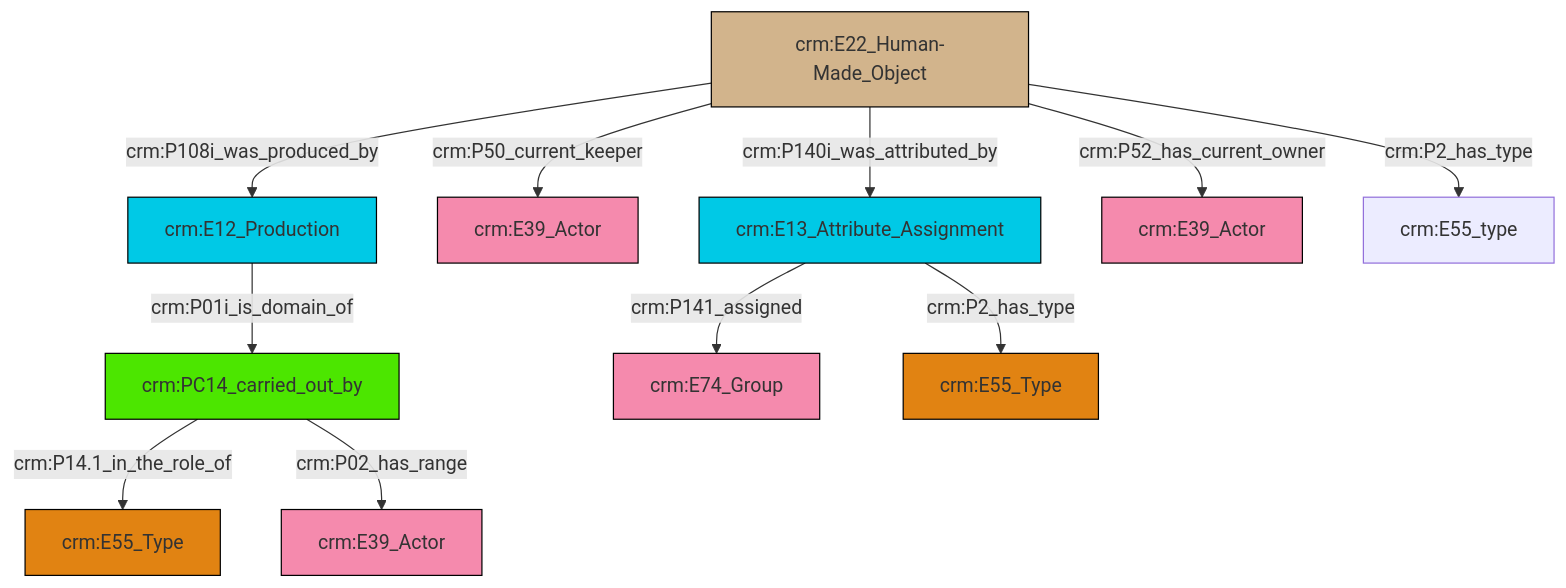
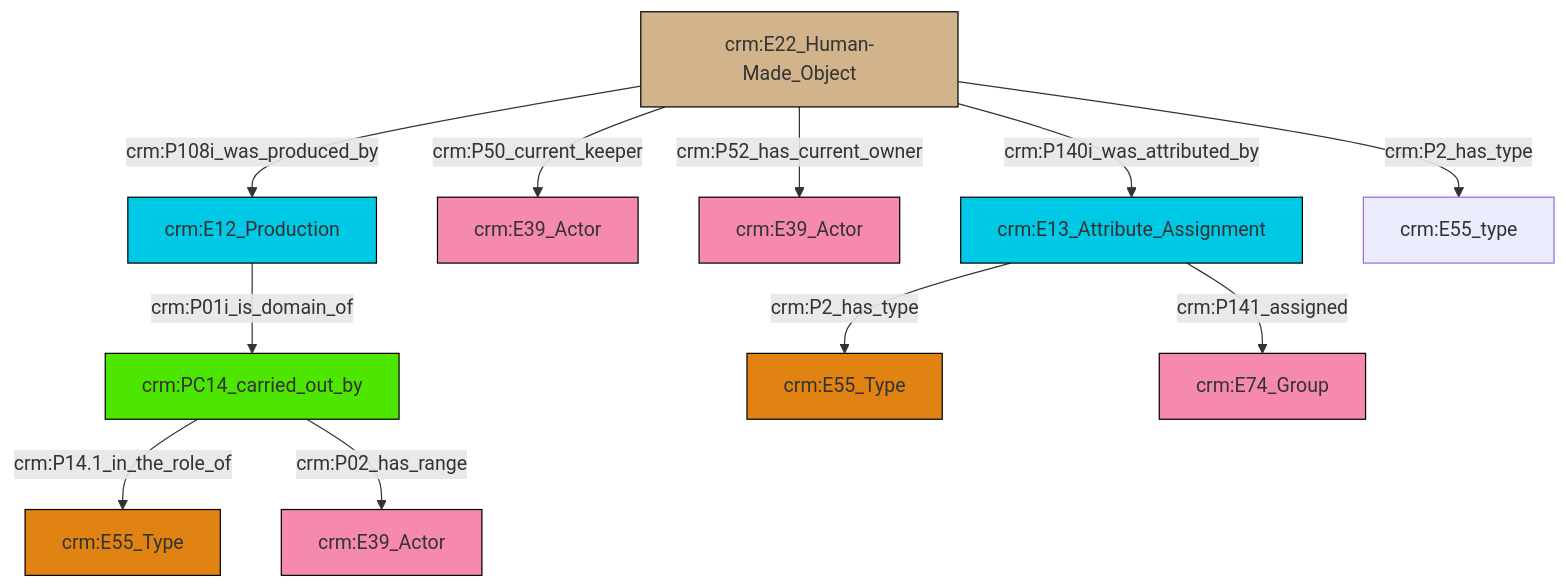
The diagram in et/artworkCSV/ttl/mmd/Artwork_Actor_Relations.ttl.mmd (swiss-art-research-net/reference-data-models), drawn with Mermaid before and after one commit. The commit also changed 148 other files, not shown here.

```diff
--- a/et/artworkCSV/ttl/mmd/Artwork_Actor_Relations.ttl.mmd
+++ b/et/artworkCSV/ttl/mmd/Artwork_Actor_Relations.ttl.mmd
@@ -1,25 +1,25 @@
 graph TD
 classDef Literal fill:#f2f2f2,stroke:#000000;
 classDef CRM_Entity fill:#FFFFFF,stroke:#000000;
 classDef Temporal_Entity fill:#00C9E6, stroke:#000000;
 classDef Type fill:#E18312, stroke:#000000;
 classDef Time-Span fill:#2C9C91, stroke:#000000;
 classDef Appellation fill:#FFEB7F, stroke:#000000;
 classDef Place fill:#008836, stroke:#000000;
 classDef Persistent_Item fill:#B266B2, stroke:#000000;
 classDef Conceptual_Object fill:#FFD700, stroke:#000000;
 classDef Physical_Thing fill:#D2B48C, stroke:#000000;
 classDef Actor fill:#f58aad, stroke:#000000;
 classDef PC_Classes fill:#4ce600, stroke:#000000;
 classDef Multi fill:#cccccc,stroke:#000000;
 
-4["crm:E22_Human-Made_Object"]:::Physical_Thing -->|crm:P108i_was_produced_by| 2["crm:E12_Production"]:::Temporal_Entity
-4["crm:E22_Human-Made_Object"]:::Physical_Thing -->|crm:P50_current_keeper| 0["crm:E39_Actor"]:::Actor
-4["crm:E22_Human-Made_Object"]:::Physical_Thing -->|crm:P140i_was_attributed_by| 11["crm:E13_Attribute_Assignment"]:::Temporal_Entity
-11["crm:E13_Attribute_Assignment"]:::Temporal_Entity -->|crm:P141_assigned| 14["crm:E74_Group"]:::Actor
-2["crm:E12_Production"]:::Temporal_Entity -->|crm:P01i_is_domain_of| 12["crm:PC14_carried_out_by"]:::PC_Classes
-12["crm:PC14_carried_out_by"]:::PC_Classes -->|crm:P14.1_in_the_role_of| 17["crm:E55_Type"]:::Type
-4["crm:E22_Human-Made_Object"]:::Physical_Thing -->|crm:P52_has_current_owner| 9["crm:E39_Actor"]:::Actor
-12["crm:PC14_carried_out_by"]:::PC_Classes -->|crm:P02_has_range| 5["crm:E39_Actor"]:::Actor
-11["crm:E13_Attribute_Assignment"]:::Temporal_Entity -->|crm:P2_has_type| 7["crm:E55_Type"]:::Type
-4["crm:E22_Human-Made_Object"]:::Physical_Thing -->|crm:P2_has_type| 20["crm:E55_type"]:::Default
+2["crm:E22_Human-Made_Object"]:::Physical_Thing -->|crm:P50_current_keeper| 3["crm:E39_Actor"]:::Actor
+2["crm:E22_Human-Made_Object"]:::Physical_Thing -->|crm:P52_has_current_owner| 6["crm:E39_Actor"]:::Actor
+2["crm:E22_Human-Made_Object"]:::Physical_Thing -->|crm:P140i_was_attributed_by| 7["crm:E13_Attribute_Assignment"]:::Temporal_Entity
+7["crm:E13_Attribute_Assignment"]:::Temporal_Entity -->|crm:P2_has_type| 11["crm:E55_Type"]:::Type
+7["crm:E13_Attribute_Assignment"]:::Temporal_Entity -->|crm:P141_assigned| 12["crm:E74_Group"]:::Actor
+2["crm:E22_Human-Made_Object"]:::Physical_Thing -->|crm:P108i_was_produced_by| 0["crm:E12_Production"]:::Temporal_Entity
+0["crm:E12_Production"]:::Temporal_Entity -->|crm:P01i_is_domain_of| 4["crm:PC14_carried_out_by"]:::PC_Classes
+4["crm:PC14_carried_out_by"]:::PC_Classes -->|crm:P14.1_in_the_role_of| 15["crm:E55_Type"]:::Type
+2["crm:E22_Human-Made_Object"]:::Physical_Thing -->|crm:P2_has_type| 9["crm:E55_type"]:::Default
+4["crm:PC14_carried_out_by"]:::PC_Classes -->|crm:P02_has_range| 13["crm:E39_Actor"]:::Actor
```
